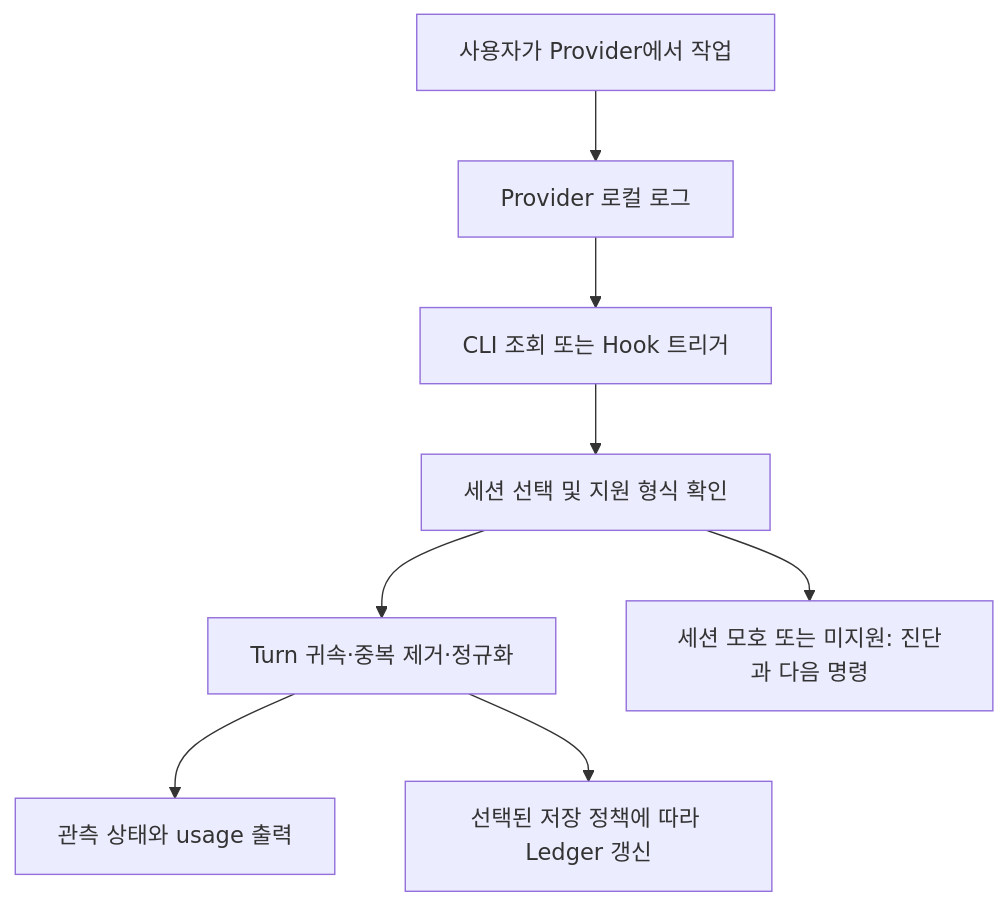
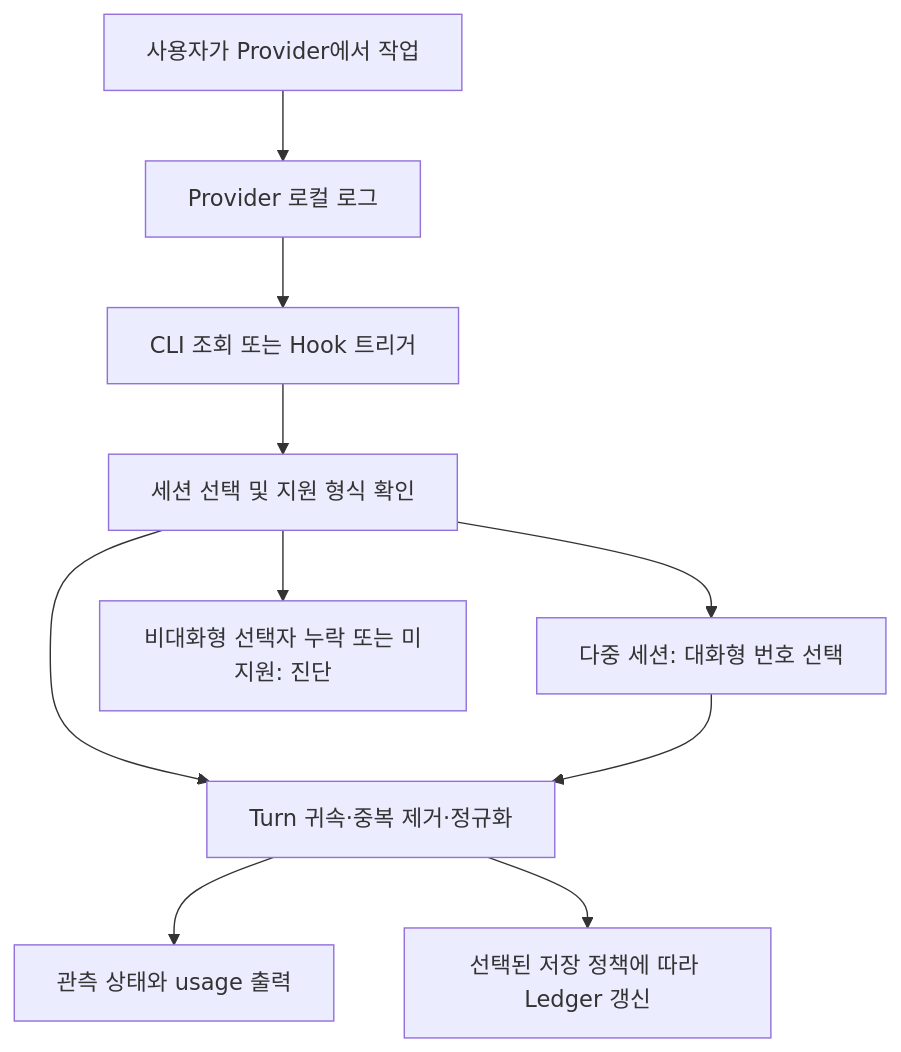
Before and after one commit to jaywapp/task-token-meter: the diagram in docs/prepare/design.md, drawn with Mermaid. The commit also changed other lines of this file and 3 other files, not shown here.

````diff
--- a/docs/prepare/design.md
+++ b/docs/prepare/design.md
@@ -85,10 +87,12 @@
 ```mermaid
 flowchart TD
     A[사용자가 Provider에서 작업] --> B[Provider 로컬 로그]
     B --> C[CLI 조회 또는 Hook 트리거]
     C --> D[세션 선택 및 지원 형식 확인]
     D --> E[Turn 귀속·중복 제거·정규화]
     E --> F[관측 상태와 usage 출력]
     E --> G[선택된 저장 정책에 따라 Ledger 갱신]
-    D --> H[세션 모호 또는 미지원: 진단과 다음 명령]
+    D --> H[다중 세션: 대화형 번호 선택]
+    H --> E
+    D --> I[비대화형 선택자 누락 또는 미지원: 진단]
 ```
````
